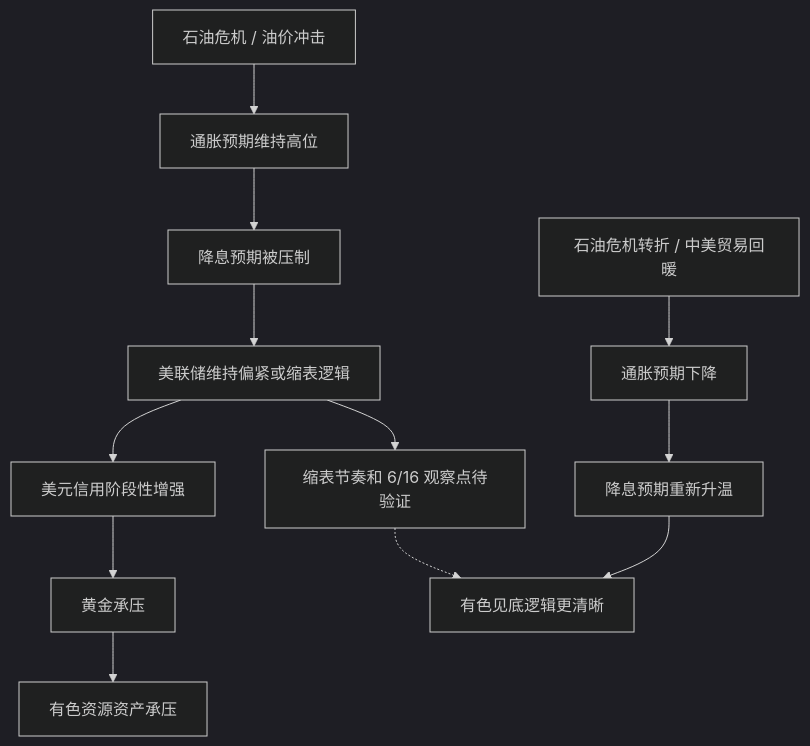
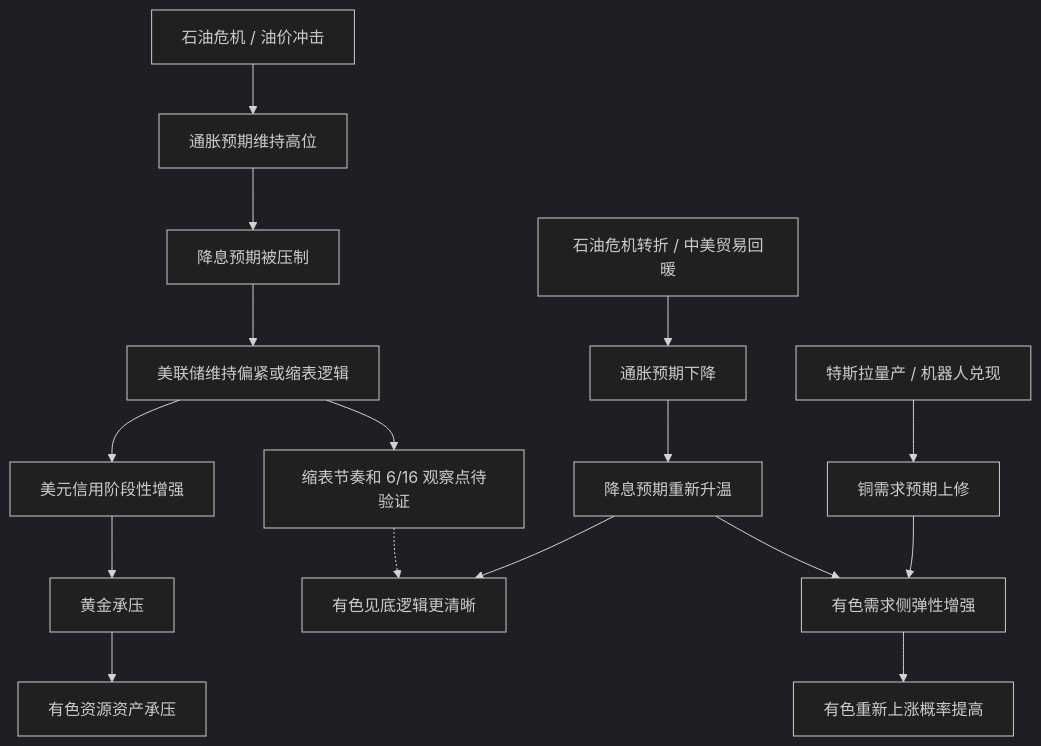
Before and after one commit to caojingwen1996/obsidian_kb: the diagram in wiki/reasoning/冰冰小美-有色金属拐点推导.md, drawn with Mermaid (dark theme). The commit also changed other lines of this file and 15 other files, not shown here.

````diff
--- a/wiki/reasoning/冰冰小美-有色金属拐点推导.md
+++ b/wiki/reasoning/冰冰小美-有色金属拐点推导.md
@@ -73,14 +79,18 @@
 ```mermaid
 flowchart TD
   A["石油危机 / 油价冲击"] --> B["通胀预期维持高位"]
   B --> C["降息预期被压制"]
   C --> D["美联储维持偏紧或缩表逻辑"]
   D --> E["美元信用阶段性增强"]
   E --> F["黄金承压"]
   F --> G["有色资源资产承压"]
   L["石油危机转折 / 中美贸易回暖"] --> H["通胀预期下降"]
   H --> I["降息预期重新升温"]
   I --> J["有色见底逻辑更清晰"]
+  M["特斯拉量产 / 机器人兑现"] --> N["铜需求预期上修"]
+  N --> O["有色需求侧弹性增强"]
+  I --> O
+  O --> P["有色重新上涨概率提高"]
   D --> K["缩表节奏和 6/16 观察点待验证"]
   K -.-> J
 ```
````
